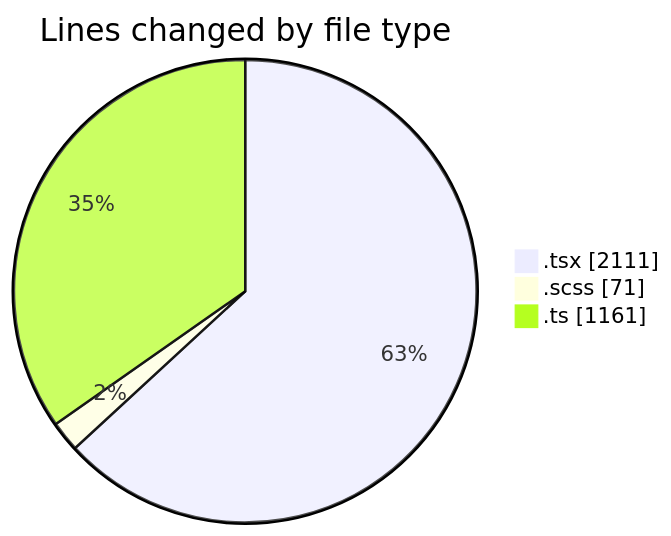
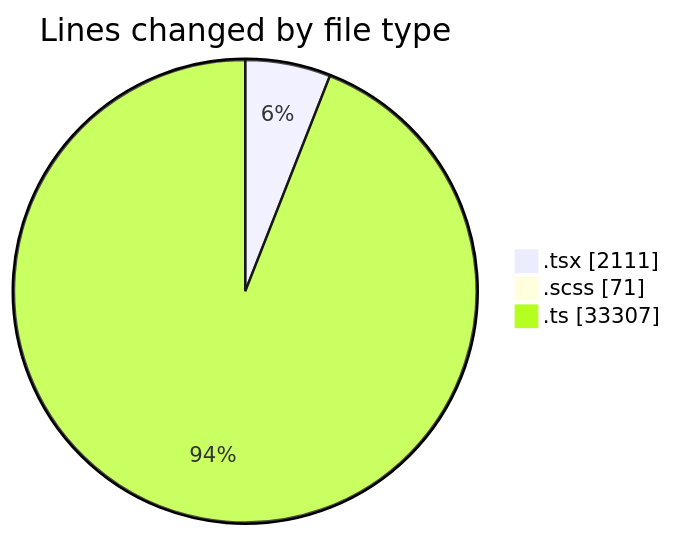
One commit to momahboobian/code-tracking changed the first of 2 diagrams in 2026-09-10/cda/README.md. Above: the diagram before and after it, drawn with Mermaid. The commit also changed other lines of this file and 1 other file, not shown here.

````diff
--- a/2026-09-10/cda/README.md
+++ b/2026-09-10/cda/README.md
@@ -30,7 +33,7 @@
 ```mermaid
 pie showData
 title Lines changed by file type
 ".tsx" : 2111
 ".scss" : 71
-".ts" : 1161
+".ts" : 33307
 ```
````
